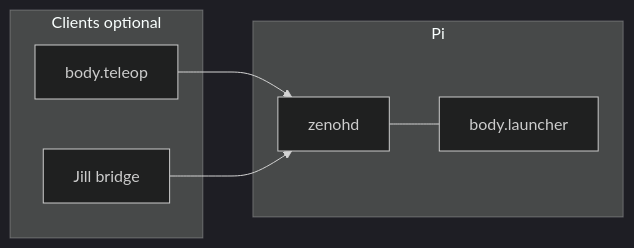
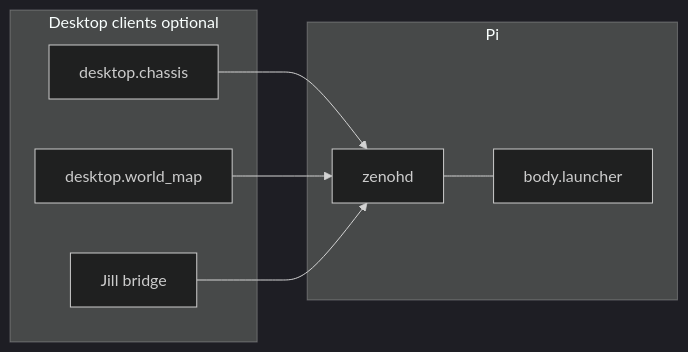
The diagram in README.md (bdambrosio/Body), drawn with Mermaid (dark theme) before and after one commit. The commit also changed other lines of this file and 91 other files, not shown here.

First line of the commit message:
desktop: import chassis + world_map from Cognitive_workbench/dev/

````diff
--- a/README.md
+++ b/README.md
@@ -93,14 +110,16 @@
 ```mermaid
 flowchart LR
   subgraph pi [Pi]
     R[zenohd]
     L[body.launcher]
     R --- L
   end
-  subgraph clients [Clients optional]
-    T[body.teleop]
+  subgraph clients [Desktop clients optional]
+    C[desktop.chassis]
+    W[desktop.world_map]
     J[Jill bridge]
   end
-  T --> R
+  C --> R
+  W --> R
   J --> R
 ```
````
